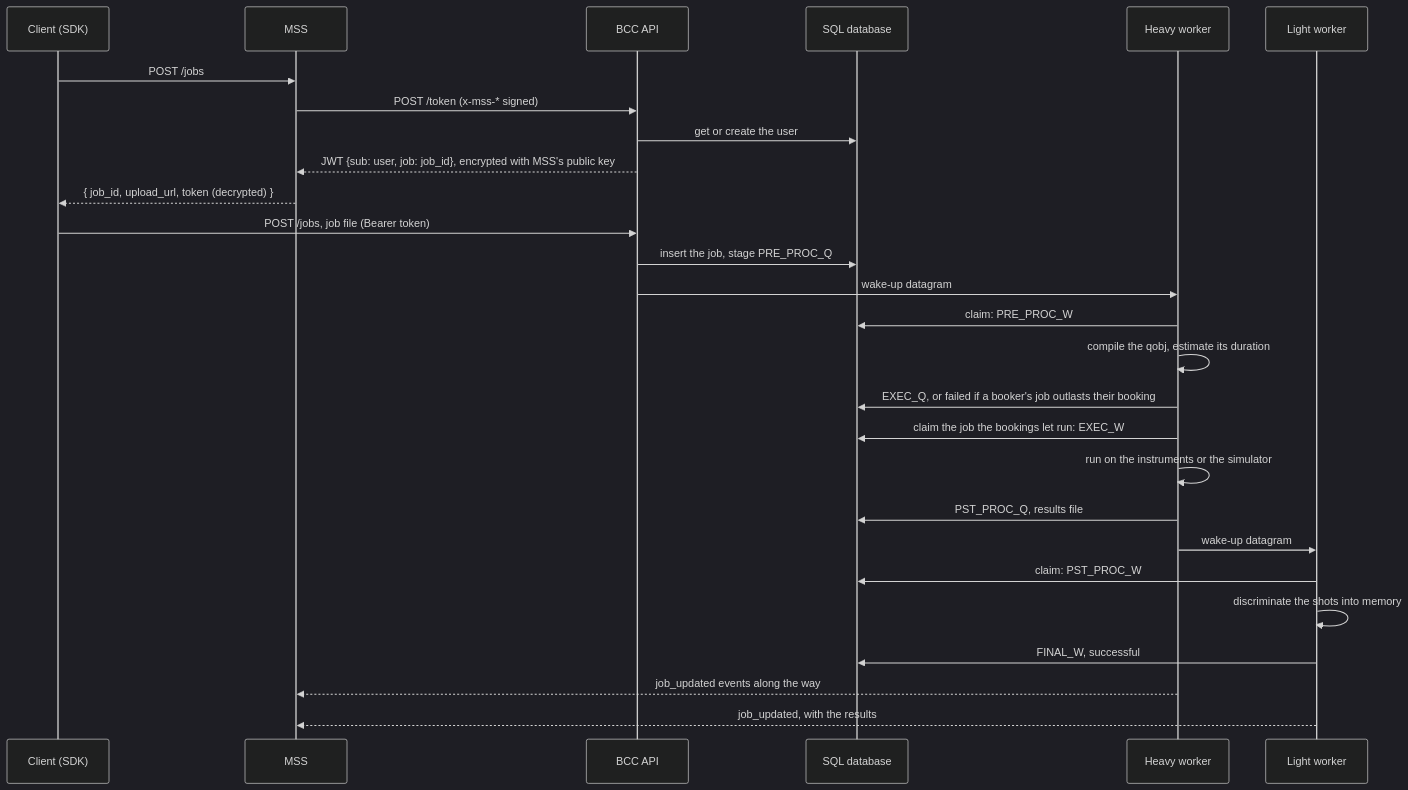
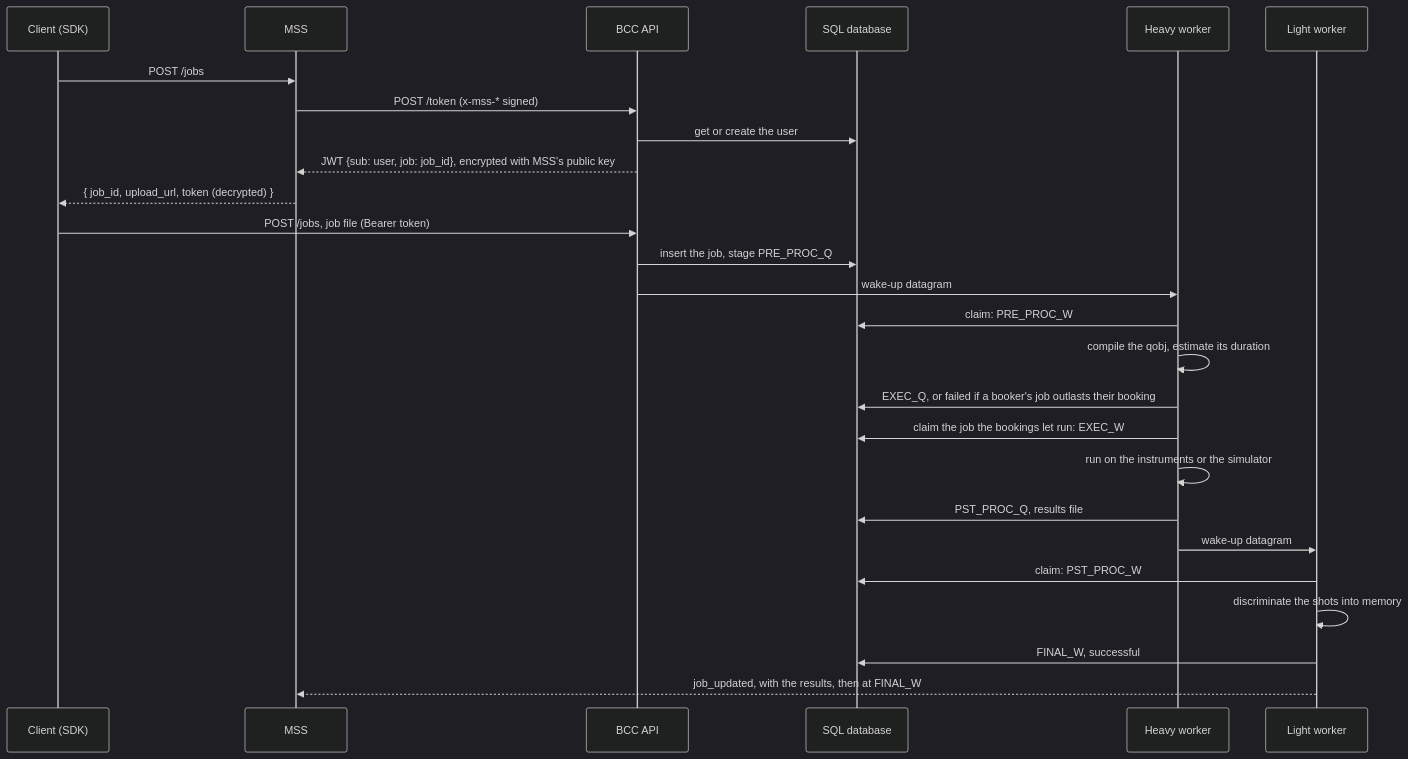
The second of 6 diagrams in DESIGN.md (tergite/tergite-backend), drawn with Mermaid (dark theme) before and after one commit. The commit also changed other lines of this file and 1 other file, not shown here.

````diff
--- a/DESIGN.md
+++ b/DESIGN.md
@@ -93,30 +94,29 @@
 ```mermaid
 sequenceDiagram
     participant C as Client (SDK)
     participant M as MSS
     participant A as BCC API
     participant D as SQL database
     participant H as Heavy worker
     participant L as Light worker
 
     C->>M: POST /jobs
     M->>A: POST /token (x-mss-* signed)
     A->>D: get or create the user
     A-->>M: JWT {sub: user, job: job_id}, encrypted with MSS's public key
     M-->>C: { job_id, upload_url, token (decrypted) }
     C->>A: POST /jobs, job file (Bearer token)
     A->>D: insert the job, stage PRE_PROC_Q
     A->>H: wake-up datagram
     H->>D: claim: PRE_PROC_W
     H->>H: compile the qobj, estimate its duration
     H->>D: EXEC_Q, or failed if a booker's job outlasts their booking
     H->>D: claim the job the bookings let run: EXEC_W
     H->>H: run on the instruments or the simulator
     H->>D: PST_PROC_Q, results file
     H->>L: wake-up datagram
     L->>D: claim: PST_PROC_W
     L->>L: discriminate the shots into memory
     L->>D: FINAL_W, successful
-    H-->>M: job_updated events along the way
-    L-->>M: job_updated, with the results
+    L-->>M: job_updated, with the results, then at FINAL_W
 ```
````
